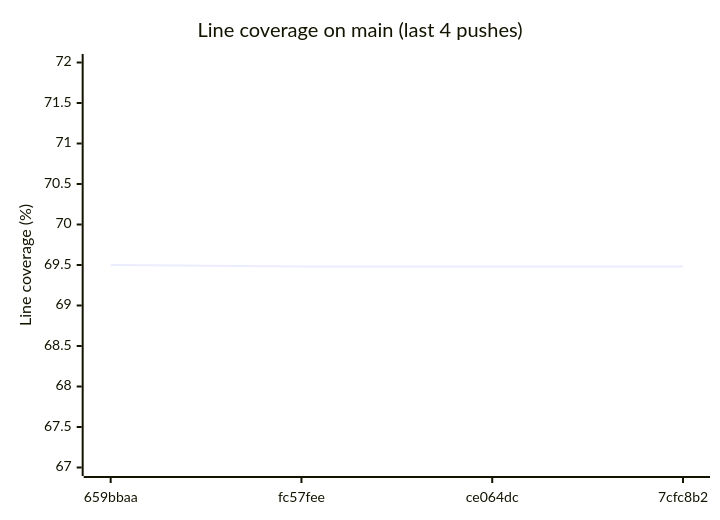
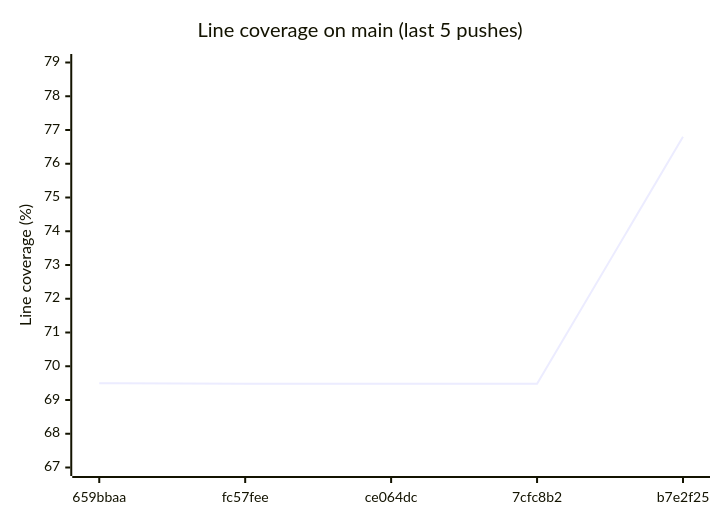
One commit to enaweg/godot-epluginframework changed the diagram in README.md. Above: the diagram before and after it, drawn with Mermaid. The commit also changed other lines of this file and 3 other files, not shown here.

````diff
--- a/README.md
+++ b/README.md
@@ -9,7 +9,7 @@
 ```mermaid
 xychart-beta
-    title "Line coverage on main (last 4 pushes)"
-    x-axis ["659bbaa", "fc57fee", "ce064dc", "7cfc8b2"]
-    y-axis "Line coverage (%)" 67 --> 72
-    line [69.50, 69.48, 69.48, 69.48]
+    title "Line coverage on main (last 5 pushes)"
+    x-axis ["659bbaa", "fc57fee", "ce064dc", "7cfc8b2", "b7e2f25"]
+    y-axis "Line coverage (%)" 67 --> 79
+    line [69.50, 69.48, 69.48, 69.48, 76.80]
 ```
````
